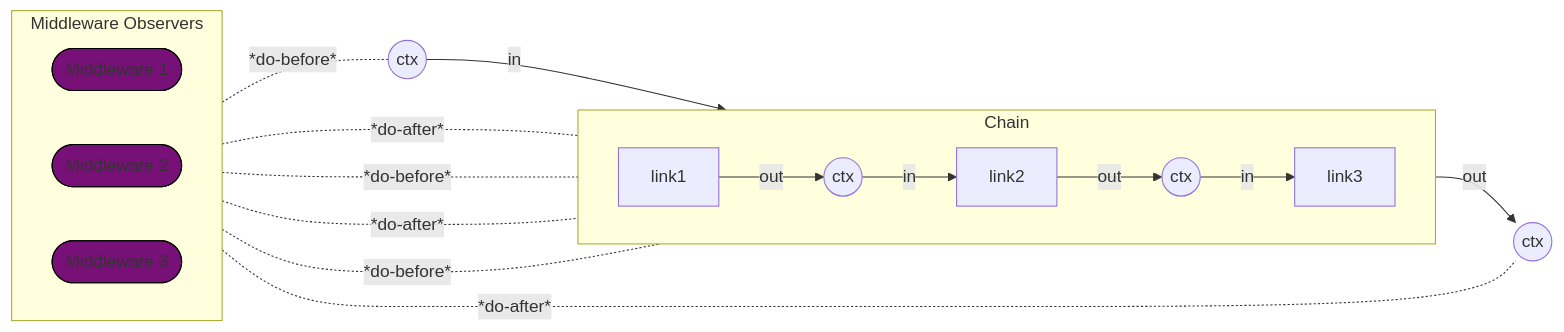
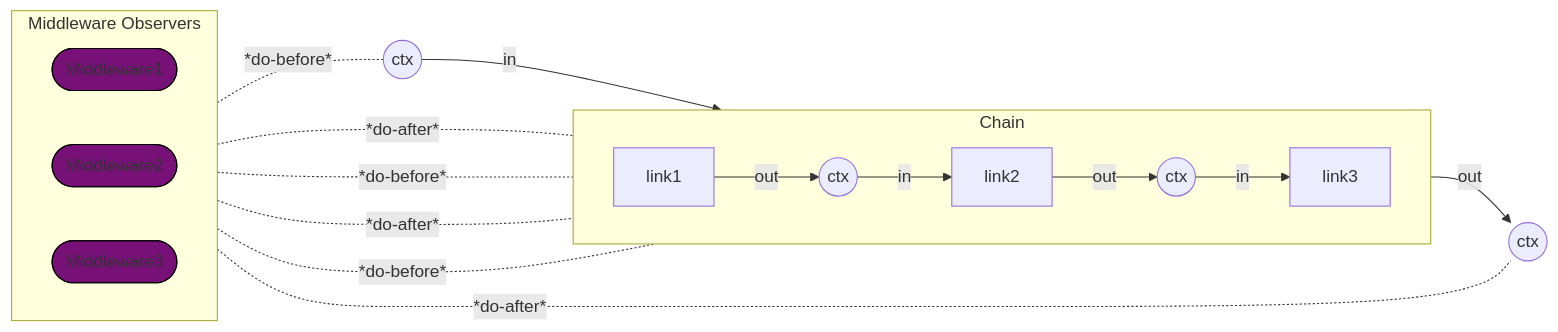
Before and after one commit to codeuchain/.github: the diagram in profile/README.md, drawn with Mermaid.

````diff
--- a/profile/README.md
+++ b/profile/README.md
@@ -20,64 +20,64 @@
 ```mermaid
 %%{init: {'themeCSS': ".node.cctx circle, .node.cctx rect {fill:#0b5fff; stroke:#08306b;} .node.cctx text {fill:#fff;} .node.cctx {transition:opacity .2s;} .node.cctx.c0 circle, .node.cctx.c0 rect{animation: appear 4.5s linear infinite 0s;} .node.cctx.c1 circle, .node.cctx.c1 rect{animation: appear 4.5s linear infinite 1.125s;} .node.cctx.c2 circle, .node.cctx.c2 rect{animation: appear 4.5s linear infinite 2.25s;} .node.cctx.c3 circle, .node.cctx.c3 rect{animation: appear 4.5s linear infinite 3.375s;} .linkNode rect, .linkNode circle {fill:#f3f4f6; stroke:#111; stroke-width:2px;} .linkNode text{fill:#111;} .node.final circle, .node.final rect {fill:#06b875; stroke:#054a36;} .node.final text{fill:#fff;} .observer rect, .observer circle{fill:#fff3cd; stroke:#8a6d1f;} .observer text{fill:#000;} .observer.obs1 rect, .observer.obs1 circle{animation: observeBlink 4.5s linear infinite 0.6s;} .observer.obs2 rect, .observer.obs2 circle{animation: observeBlink 4.5s linear infinite 2.5s;} .edgePath path{stroke-dasharray:6 6; stroke-width:2px; stroke:#9aa; animation: dash 4.5s linear infinite;} .edgePath:nth-of-type(1) path{animation-delay:0.6s;} .edgePath:nth-of-type(2) path{animation-delay:2.1s;} .edgePath:nth-of-type(3) path{animation-delay:3.6s;} @keyframes observeBlink {0%{opacity:0.5}12%{opacity:1}33%{opacity:1}45%{opacity:0.5}100%{opacity:0.5}} @keyframes dash {to{stroke-dashoffset:-72}} @keyframes appear {0%{opacity:0}12%{opacity:1}33%{opacity:1}45%{opacity:0}100%{opacity:0}} "}}%%
 flowchart LR
     subgraph observers[Middleware Observers]
     direction LR
-        MW1([Middleware 1])
-        MW2([Middleware 2])
-        MW3([Middleware 3])
+        MW1([Middleware1])
+        MW2([Middleware2])
+        MW3([Middleware3])
     end
 
     classDef mw fill:#717,stroke:#000,stroke-width:1px;
     class MW1,MW2 mw;
 
     %% Dashed observer connections (observing from outside)
     MW1 -. *do-before* .- starting_ctx
     MW1 -. *do-after* .- ctx1
     MW2 -. *do-before* .- ctx1
     MW2 -. *do-after* .- ctx2
     MW3 -. *do-before* .- ctx2
     MW3 -. *do-after* .- ctx3
 
     class MW1,MW2,MW3 mw;
     class MW1 observer;
     class MW2 observer;
     class MW3 observer;
     
     %% Chain with links and animated context nodes
     subgraph Chain[Chain]
         direction LR
         L1["link1"]
         ctx1(("ctx"))
         L2["link2"]
         ctx2(("ctx"))
         L3["link3"]
     end
 
     starting_ctx((ctx)) -->|in| L1
     L1 -->|out| ctx1
     ctx1 -->|in| L2
     L2 -->|out| ctx2
     ctx2 -->|in| L3
 
     %% Final emitted context node (end of chain)
     ctx3(("ctx"))
     L3 -->|out| ctx3
 
     %% Assign simple class names so themeCSS can target specific nodes
     class starting_ctx cctx;
     class starting_ctx c0;
     class ctx1 cctx;
     class ctx1 c1;
     class ctx2 cctx;
     class ctx2 c2;
     class ctx3 cctx;
     class ctx3 c3;
 
     %% Class link nodes so themeCSS can animate them
     class L1 linkNode;
     class L1 l1;
     class L2 linkNode;
     class L2 l2;
     class L3 linkNode;
     class L3 l3;
 ```
````
